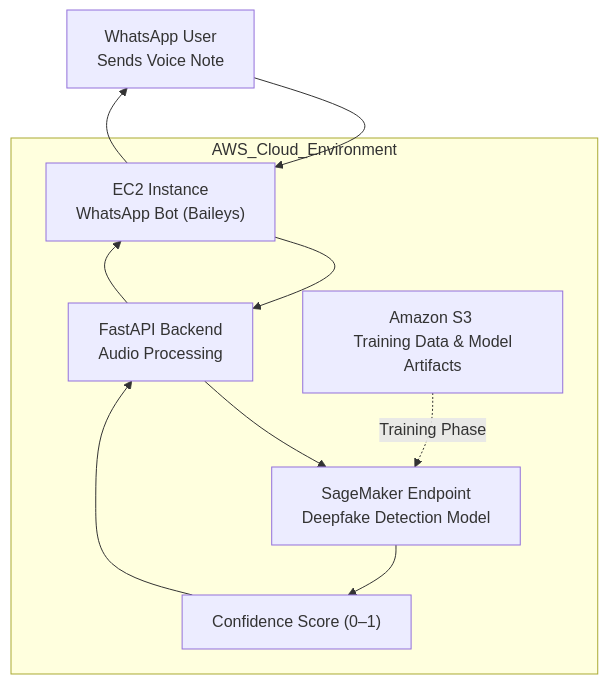
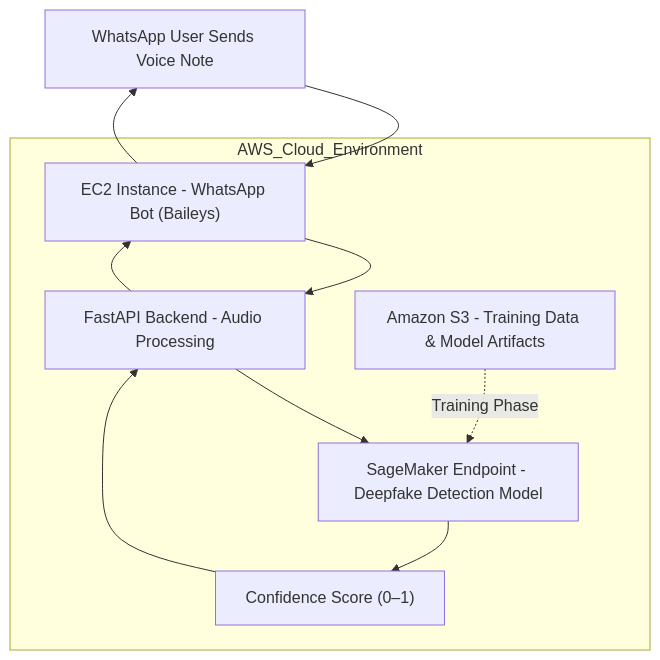
Before and after one commit to ChrisKelleher1947/ChrisKelleher1947.github.io: the first of 2 diagrams in ProjectArchitecture.md, drawn with Mermaid. The commit also changed other lines of this file, not shown here.

Commit message:
Refine labels in ProjectArchitecture.md diagrams

````diff
--- a/ProjectArchitecture.md
+++ b/ProjectArchitecture.md
@@ -23,23 +23,23 @@
 ```mermaid
 flowchart TD
 
-    A["WhatsApp User \n Sends Voice Note"]
+    A["WhatsApp User Sends Voice Note"]
 
     subgraph AWS_Cloud_Environment
-        B["EC2 Instance \n WhatsApp Bot (Baileys)"]
-        C["FastAPI Backend \n Audio Processing"]
-        D["SageMaker Endpoint \n Deepfake Detection Model"]
+        B["EC2 Instance - WhatsApp Bot (Baileys)"]
+        C["FastAPI Backend - Audio Processing"]
+        D["SageMaker Endpoint - Deepfake Detection Model"]
         E["Confidence Score (0–1)"]
-        F["Amazon S3 \n Training Data & Model Artifacts"]
+        F["Amazon S3 - Training Data & Model Artifacts"]
     end
 
     A --> B
     B --> C
     C --> D
     D --> E
     E --> C
     C --> B
     B --> A
 
     F -. Training Phase .-> D
 ```
````
